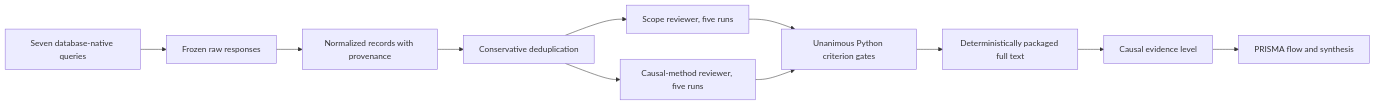
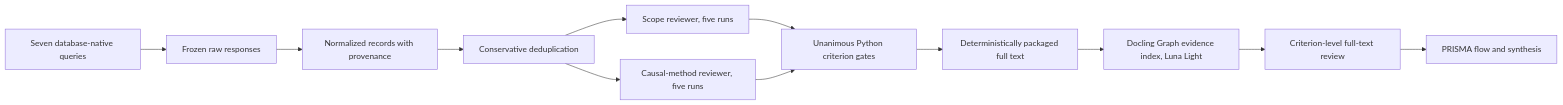
Before and after one commit to BogdanDidenko/causal-multiomics-aging-review: the diagram in README.md, drawn with Mermaid. The commit also changed other lines of this file and 32 other files, not shown here.

Commit message:
Add Luna Light Docling Graph full-text stage

````diff
--- a/README.md
+++ b/README.md
@@ -55,13 +67,14 @@
 ```mermaid
 flowchart LR
   A["Seven database-native queries"] --> B["Frozen raw responses"]
   B --> C["Normalized records with provenance"]
   C --> D["Conservative deduplication"]
   D --> E["Scope reviewer, five runs"]
   D --> F["Causal-method reviewer, five runs"]
   E --> I["Unanimous Python criterion gates"]
   F --> I
   I --> K["Deterministically packaged full text"]
-  K --> L["Causal evidence level"]
+  K --> G["Docling Graph evidence index, Luna Light"]
+  G --> L["Criterion-level full-text review"]
   L --> M["PRISMA flow and synthesis"]
 ```
````
